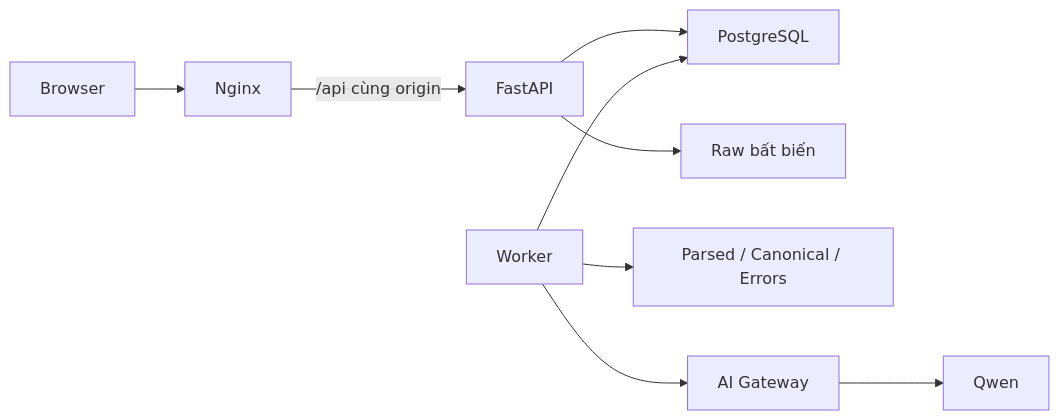
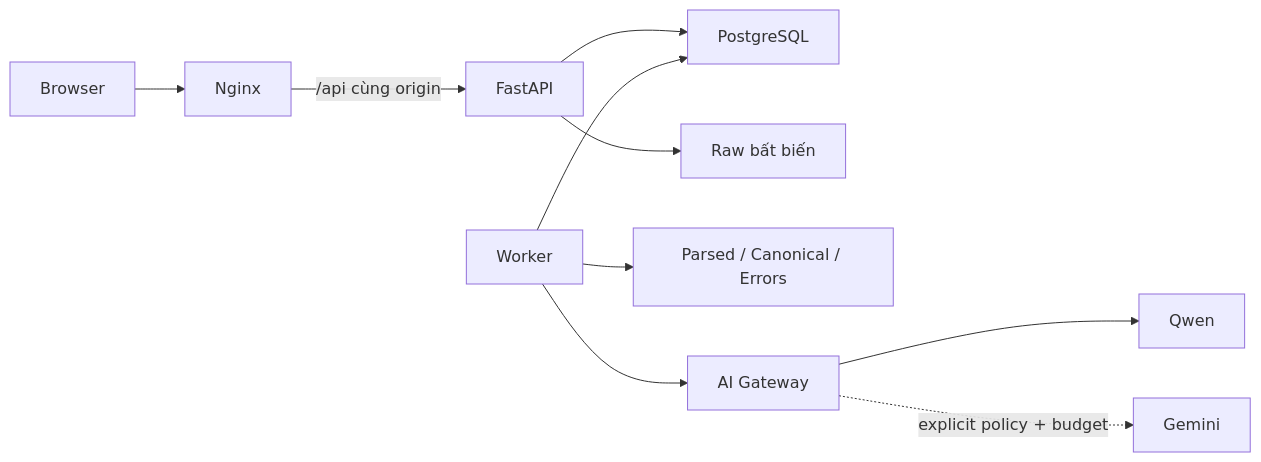
The diagram in docs/ARCHITECTURE.md (MinhHoang1403/AI-Reconciliation-Studio), drawn with Mermaid before and after one commit. The commit also changed other lines of this file and 19 other files, not shown here.

````diff
--- a/docs/ARCHITECTURE.md
+++ b/docs/ARCHITECTURE.md
@@ -7,11 +7,12 @@
 ```mermaid
 flowchart LR
   Browser --> Nginx
   Nginx -->|/api cùng origin| FastAPI
   FastAPI --> PostgreSQL
   FastAPI --> Raw[Raw bất biến]
   Worker --> PostgreSQL
   Worker --> Parquet[Parsed / Canonical / Errors]
   Worker --> Gateway[AI Gateway]
   Gateway --> Qwen
+  Gateway -. explicit policy + budget .-> Gemini
 ```
````
